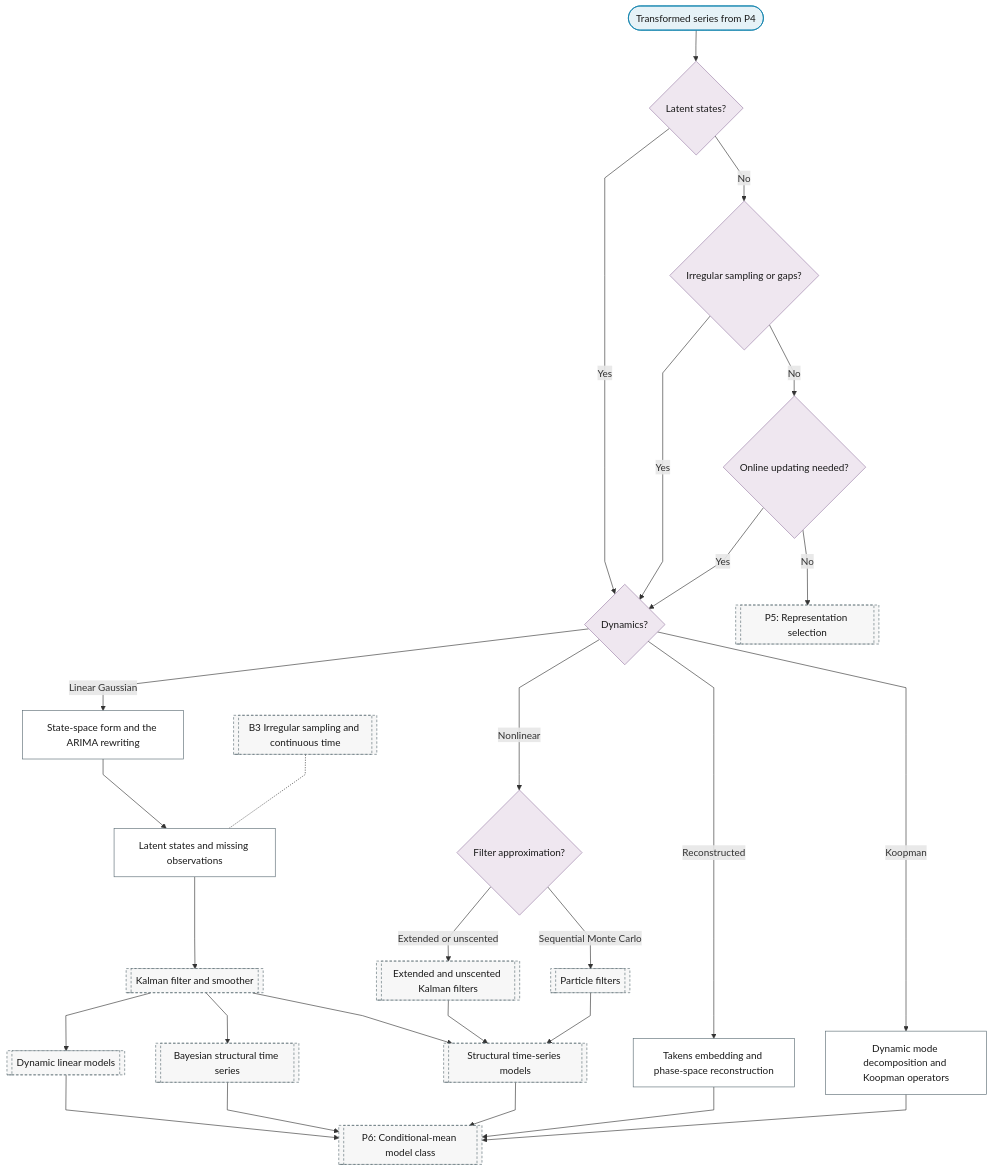
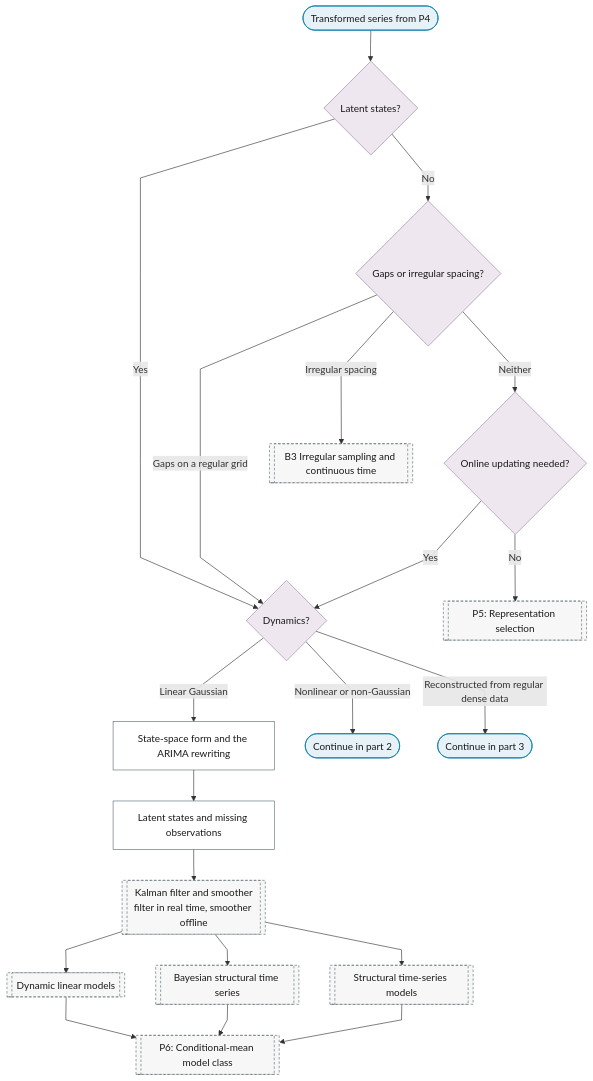
The first of 3 diagrams in docs/01-workflow/p05-representation/04-state-space.md (Shuxin-Y/time-series-analysis-manual), drawn with Mermaid before and after one commit. The commit also changed other lines of this file and 8 other files, not shown here.

First line of the commit message:
feat(p5): sampling gate and signal-criteria representation charts

````diff
--- a/docs/01-workflow/p05-representation/04-state-space.md
+++ b/docs/01-workflow/p05-representation/04-state-space.md
@@ -7,36 +9,33 @@
 ```mermaid
 %%{init: {"flowchart": {"curve": "linear"}}}%%
 graph TD
     P5_SS_IN(["Transformed series from P4"]) --> P5_SS_LATENT_STATES{"Latent states?"}
     P5_SS_LATENT_STATES -->|"Yes"| P5_SS_DYNAMICS{"Dynamics?"}
-    P5_SS_LATENT_STATES -->|"No"| P5_SS_IRREGULAR{"Irregular sampling or gaps?"}
-    P5_SS_IRREGULAR -->|"Yes"| P5_SS_DYNAMICS
-    P5_SS_IRREGULAR -->|"No"| P5_SS_ONLINE{"Online updating needed?"}
+    P5_SS_LATENT_STATES -->|"No"| P5_SS_IRREGULAR{"Gaps or irregular spacing?"}
+    P5_SS_IRREGULAR -->|"Gaps on a regular grid"| P5_SS_DYNAMICS
+    P5_SS_IRREGULAR -->|"Irregular spacing"| B3[["B3 Irregular sampling and continuous time"]]
+    P5_SS_IRREGULAR -->|"Neither"| P5_SS_ONLINE{"Online updating needed?"}
     P5_SS_ONLINE -->|"Yes"| P5_SS_DYNAMICS
     P5_SS_ONLINE -->|"No"| P5[["P5: Representation selection"]]
     P5_SS_DYNAMICS -->|"Linear Gaussian"| P5_SS_FORM["State-space form and the ARIMA rewriting"]
-    P5_SS_DYNAMICS -->|"Nonlinear"| P5_SS_FILTER_Q{"Filter approximation?"}
-    P5_SS_DYNAMICS -->|"Reconstructed"| P5_SS_TAKENS["Takens embedding and phase-space reconstruction"]
-    P5_SS_DYNAMICS -->|"Koopman"| P5_SS_DMD["Dynamic mode decomposition and Koopman operators"]
+    P5_SS_DYNAMICS -->|"Nonlinear or non-Gaussian"| P5_SS_TO_PART_2(["Continue in part 2"])
+    P5_SS_DYNAMICS -->|"Reconstructed from regular dense data"| P5_SS_TO_PART_3(["Continue in part 3"])
     P5_SS_FORM --> P5_SS_LATENT["Latent states and missing observations"]
-    P5_SS_LATENT --> P8_KALMAN[["Kalman filter and smoother"]]
-    P5_SS_FILTER_Q -->|"Extended or unscented"| P8_NONLINEAR_FILTERS[["Extended and unscented Kalman filters"]]
-    P5_SS_FILTER_Q -->|"Sequential Monte Carlo"| P8_PARTICLE_FILTERS[["Particle filters"]]
+    P5_SS_LATENT --> P8_KALMAN[["Kalman filter and smoother<br/>filter in real time, smoother offline"]]
     P8_KALMAN --> P6_DLM[["Dynamic linear models"]]
     P8_KALMAN --> P6_BSTS[["Bayesian structural time series"]]
-    P8_KALMAN & P8_NONLINEAR_FILTERS & P8_PARTICLE_FILTERS --> P6_STRUCTURAL_TS[["Structural time-series models"]]
-    B3[["B3 Irregular sampling and continuous time"]] -.- P5_SS_LATENT
-    P6_STRUCTURAL_TS & P6_DLM & P6_BSTS & P5_SS_TAKENS & P5_SS_DMD --> P6[["P6: Conditional-mean model class"]]
-    class P5_SS_IN terminator
-    class P5_SS_LATENT_STATES,P5_SS_DYNAMICS,P5_SS_IRREGULAR,P5_SS_ONLINE,P5_SS_FILTER_Q decision
-    class P5_SS_FORM,P5_SS_TAKENS,P5_SS_DMD,P5_SS_LATENT process
-    class P5,P8_KALMAN,P8_NONLINEAR_FILTERS,P8_PARTICLE_FILTERS,P6_DLM,P6_BSTS,P6_STRUCTURAL_TS,B3,P6 ref
+    P8_KALMAN --> P6_STRUCTURAL_TS[["Structural time-series models"]]
+    P6_DLM & P6_BSTS & P6_STRUCTURAL_TS --> P6[["P6: Conditional-mean model class"]]
+    class P5_SS_IN,P5_SS_TO_PART_2,P5_SS_TO_PART_3 terminator
+    class P5_SS_LATENT_STATES,P5_SS_DYNAMICS,P5_SS_IRREGULAR,P5_SS_ONLINE decision
+    class P5_SS_FORM,P5_SS_LATENT process
+    class P5,B3,P8_KALMAN,P6_DLM,P6_BSTS,P6_STRUCTURAL_TS,P6 ref
     classDef terminator fill:#E6F2F7,stroke:#007BA7,color:#1A1A1A;
     classDef process fill:#FFFFFF,stroke:#5A6B73,color:#1A1A1A;
     classDef decision fill:#EFE7F0,stroke:#9B7FA7,color:#1A1A1A;
     classDef data fill:#FFF4E0,stroke:#C9A55E,color:#1A1A1A;
     classDef good fill:#DCEFD8,stroke:#4A7A3F,color:#1A1A1A;
     classDef escalate fill:#FFE9C2,stroke:#C9A55E,color:#1A1A1A;
     classDef problem fill:#F2D9DE,stroke:#800020,color:#1A1A1A;
     classDef ref fill:#F7F7F7,stroke:#5A6B73,color:#1A1A1A,stroke-dasharray:4 3;
 ```
````
